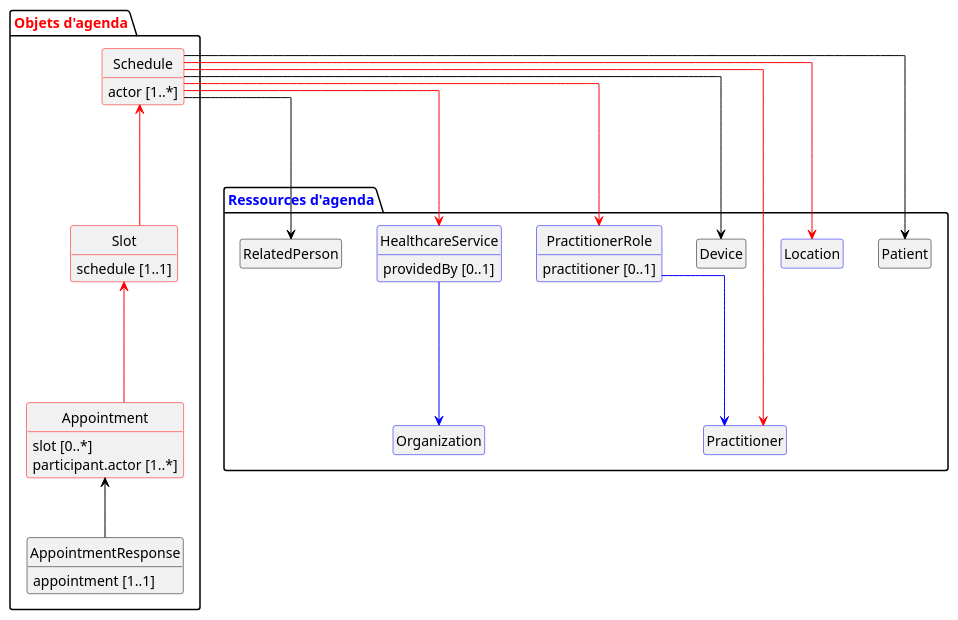
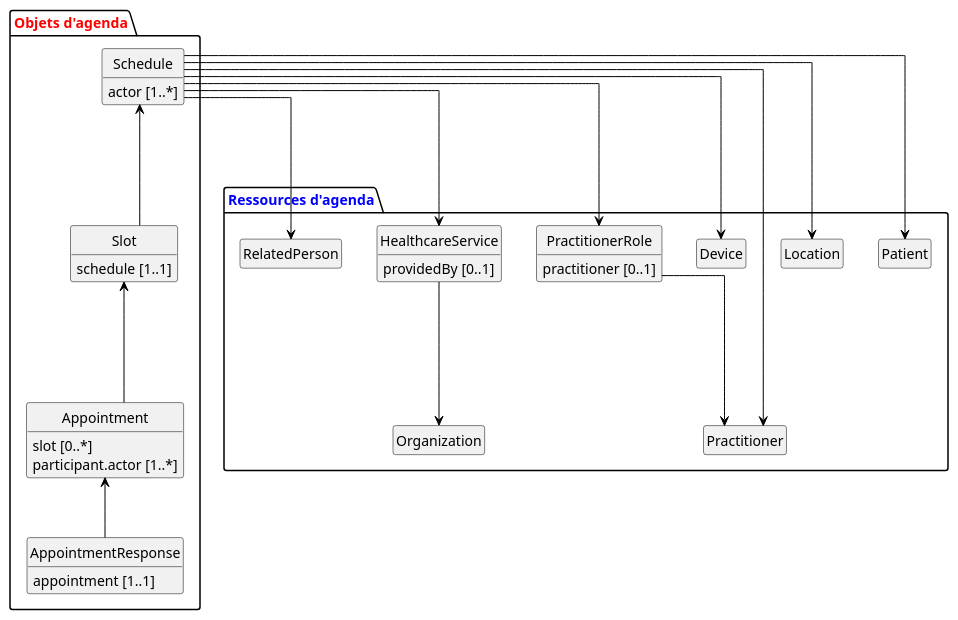
The diagram in input/images-source/document-overview.plantuml (ansforge/IG-fhir-gestion-agendas-partages), drawn with PlantUML before and after one commit.

Commit message:
update colors

```diff
--- a/input/images-source/document-overview.plantuml
+++ b/input/images-source/document-overview.plantuml
@@ -1,69 +1,69 @@
 @startuml
 
 hide circle
 hide empty members
 skinparam linetype ortho
 
 package "Objets d'agenda" as OA #text:red {
 
-    class Schedule #line:red {
+    class Schedule #line:black {
         actor [1..*]
     }
 
-    class Slot #line:red {
+    class Slot #line:black {
         schedule [1..1]
     }
 
-    class Appointment #line:red {
+    class Appointment #line:black {
         slot [0..*]
-    participant.actor [1..*]
+        participant.actor [1..*]
     }
 
     class AppointmentResponse #line:black {
         appointment [1..1]
     }
 }
      
 package "Ressources d'agenda" as RA #text:blue{
 
     class Patient #line:black
 
     class RelatedPerson #line:black
 
-    class Practitioner #line:blue
+    class Practitioner #line:black
 
-    class PractitionerRole #line:blue {
+    class PractitionerRole #line:black {
         practitioner [0..1]
     }
     
 
-    class Organization #line:blue
+    class Organization #line:black
 
-    class HealthcareService #line:blue {
+    class HealthcareService #line:black {
         providedBy [0..1]
     }
 
     class Device #line:black
    
-    class Location #line:blue
+    class Location #line:black
 
-    PractitionerRole -[#blue]--> Practitioner
-    HealthcareService -[#blue]--> Organization
+    PractitionerRole -[#black]--> Practitioner
+    HealthcareService -[#black]--> Organization
 }
 
 
 
-Schedule  <---[#red] Slot
-Slot <---[#red] Appointment
+Schedule  <---[#black] Slot
+Slot <---[#black] Appointment
 Appointment <--[#black] AppointmentResponse
 
 Schedule -[#black]--> Patient
 Schedule -[#black]--> RelatedPerson
-Schedule -[#red]--> Practitioner
-Schedule -[#red]--> PractitionerRole
-Schedule -[#red]--> HealthcareService
+Schedule -[#black]--> Practitioner
+Schedule -[#black]--> PractitionerRole
+Schedule -[#black]--> HealthcareService
 Schedule -[#black]--> Device
-Schedule -[#red]--> Location
+Schedule -[#black]--> Location
 
 
 @enduml
```
